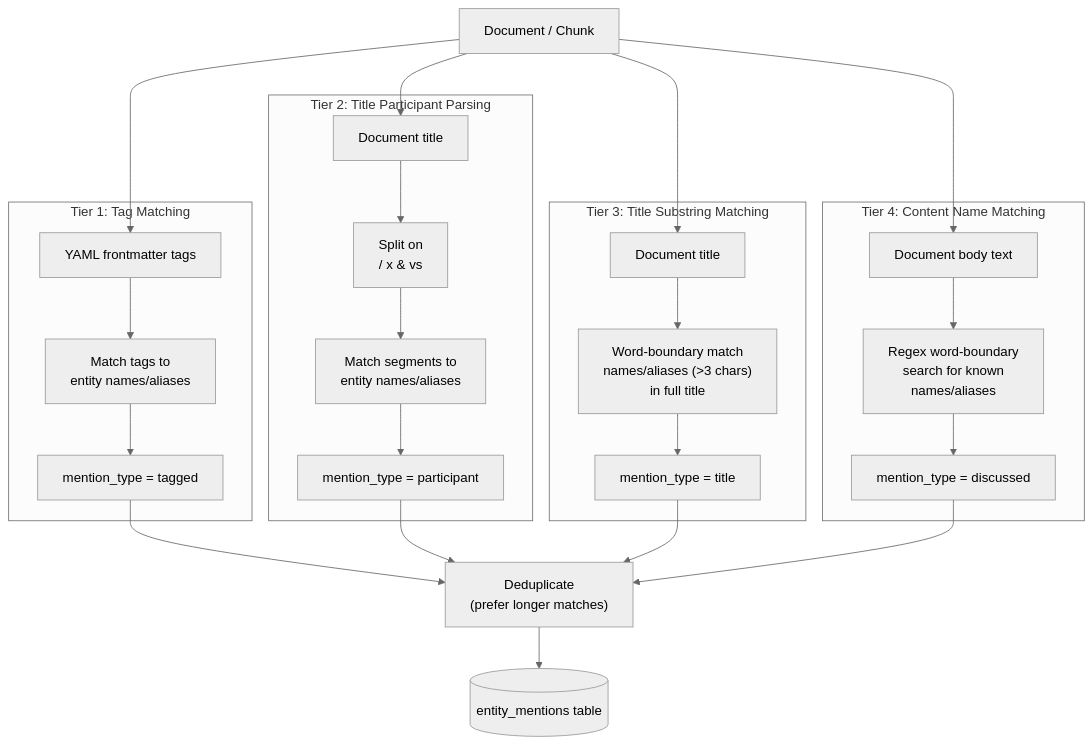
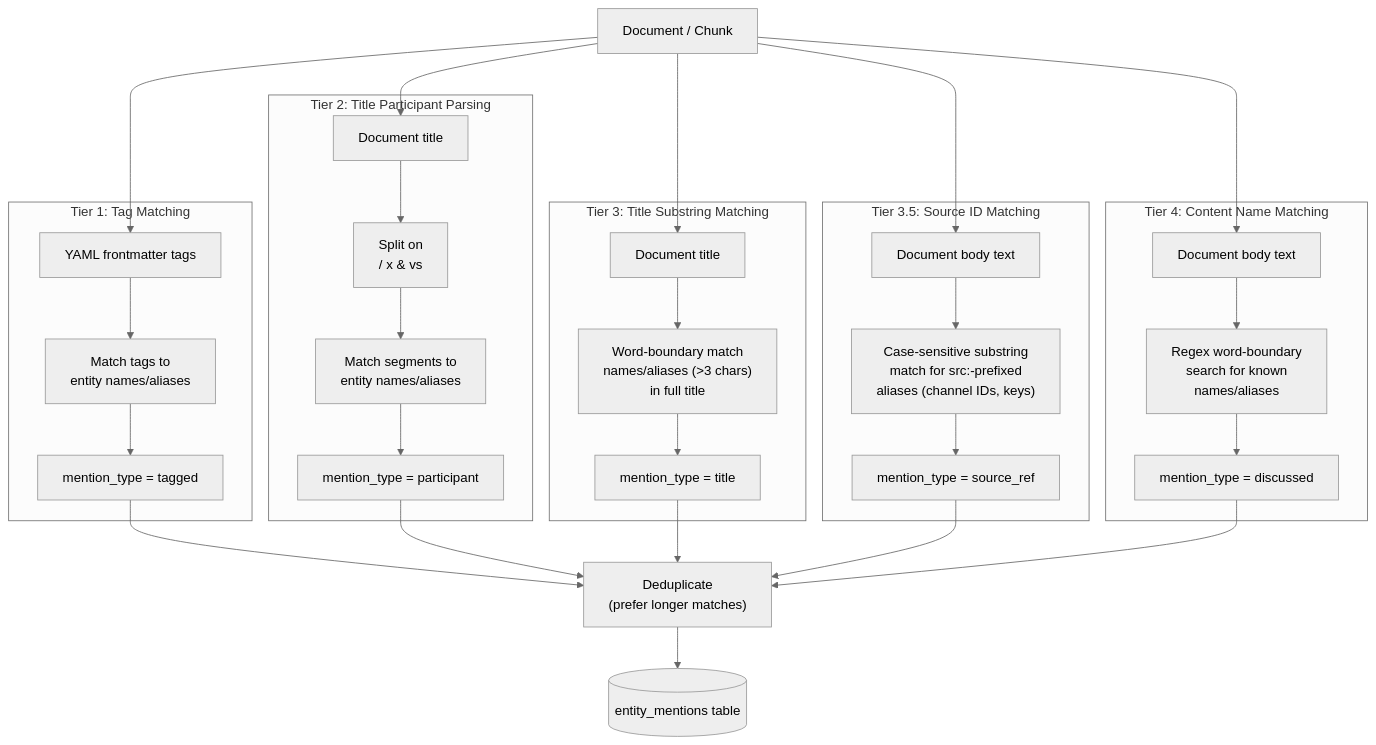
The second of 2 diagrams in docs/entities.md (tenfourty/kbx), drawn with Mermaid (neutral theme) before and after one commit. The commit also changed other lines of this file and 2 other files, not shown here.

Commit message:
docs: update CLAUDE.md and docs for source linking and matching.py
- CLAUDE.md: add matching.py to file index
- entities.md: add Tier 3.5 source ID linking, sources schema on projects
- cli.md: add project create/edit with --source/--remove-source

````diff
--- a/docs/entities.md
+++ b/docs/entities.md
@@ -58,32 +60,38 @@
 ```mermaid
 flowchart TD
-    DOC["Document / Chunk"] --> T1 & T2 & T2B & T3
+    DOC["Document / Chunk"] --> T1 & T2 & T2B & T35 & T3
 
     subgraph Tier1["Tier 1: Tag Matching"]
         T1["YAML frontmatter tags"]
         T1 --> T1M["Match tags to\nentity names/aliases"]
         T1M --> T1R["mention_type = tagged"]
     end
 
     subgraph Tier2["Tier 2: Title Participant Parsing"]
         T2["Document title"]
         T2 --> T2S["Split on\n/ x & vs"]
         T2S --> T2M["Match segments to\nentity names/aliases"]
         T2M --> T2R["mention_type = participant"]
     end
 
     subgraph Tier2B["Tier 3: Title Substring Matching"]
         T2B["Document title"]
         T2B --> T2BM["Word-boundary match\nnames/aliases (>3 chars)\nin full title"]
         T2BM --> T2BR["mention_type = title"]
     end
 
+    subgraph Tier35["Tier 3.5: Source ID Matching"]
+        T35["Document body text"]
+        T35 --> T35M["Case-sensitive substring\nmatch for src:-prefixed\naliases (channel IDs, keys)"]
+        T35M --> T35R["mention_type = source_ref"]
+    end
+
     subgraph Tier3["Tier 4: Content Name Matching"]
         T3["Document body text"]
         T3 --> T3R["Regex word-boundary\nsearch for known\nnames/aliases"]
         T3R --> T3O["mention_type = discussed"]
     end
 
-    T1R & T2R & T2BR & T3O --> DEDUP["Deduplicate\n(prefer longer matches)"]
+    T1R & T2R & T2BR & T35R & T3O --> DEDUP["Deduplicate\n(prefer longer matches)"]
     DEDUP --> EM[("entity_mentions table")]
 ```
````
